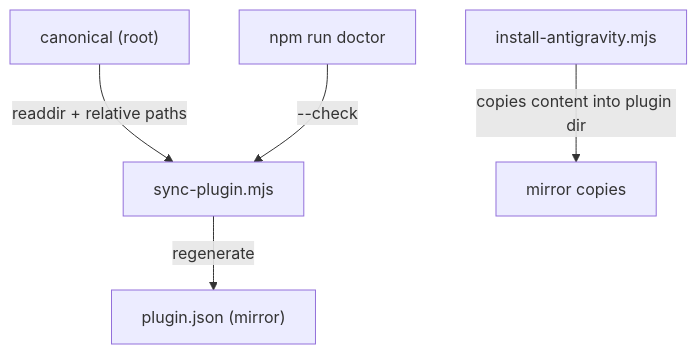
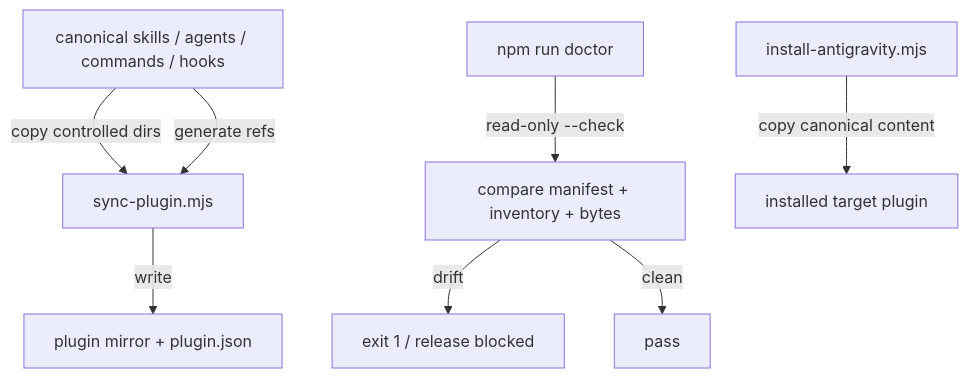
Before and after one commit to eybersjp/development-kit: the diagram in docs/04-architecture/canonical-source-and-plugin-mirror.md, drawn with Mermaid. The commit also changed other lines of this file, not shown here.

Commit message:
docs: correct canonical mirror architecture

````diff
--- a/docs/04-architecture/canonical-source-and-plugin-mirror.md
+++ b/docs/04-architecture/canonical-source-and-plugin-mirror.md
@@ -18,7 +18,10 @@
 ```mermaid
 graph TD
-    C["canonical (root)"] -->|"readdir + relative paths"| S["sync-plugin.mjs"]
-    S -->|"regenerate"| M["plugin.json (mirror)"]
-    I["install-antigravity.mjs"] -->|"copies content into plugin dir"| MR["mirror copies"]
-    D["npm run doctor"] -->|"--check"| S
+    C["canonical skills / agents / commands / hooks"] -->|"copy controlled dirs"| S["sync-plugin.mjs"]
+    C -->|"generate refs"| S
+    S -->|"write"| M["plugin mirror + plugin.json"]
+    D["npm run doctor"] -->|"read-only --check"| V["compare manifest + inventory + bytes"]
+    V -->|"drift"| F["exit 1 / release blocked"]
+    V -->|"clean"| P["pass"]
+    I["install-antigravity.mjs"] -->|"copy canonical content"| T["installed target plugin"]
 ```
````
